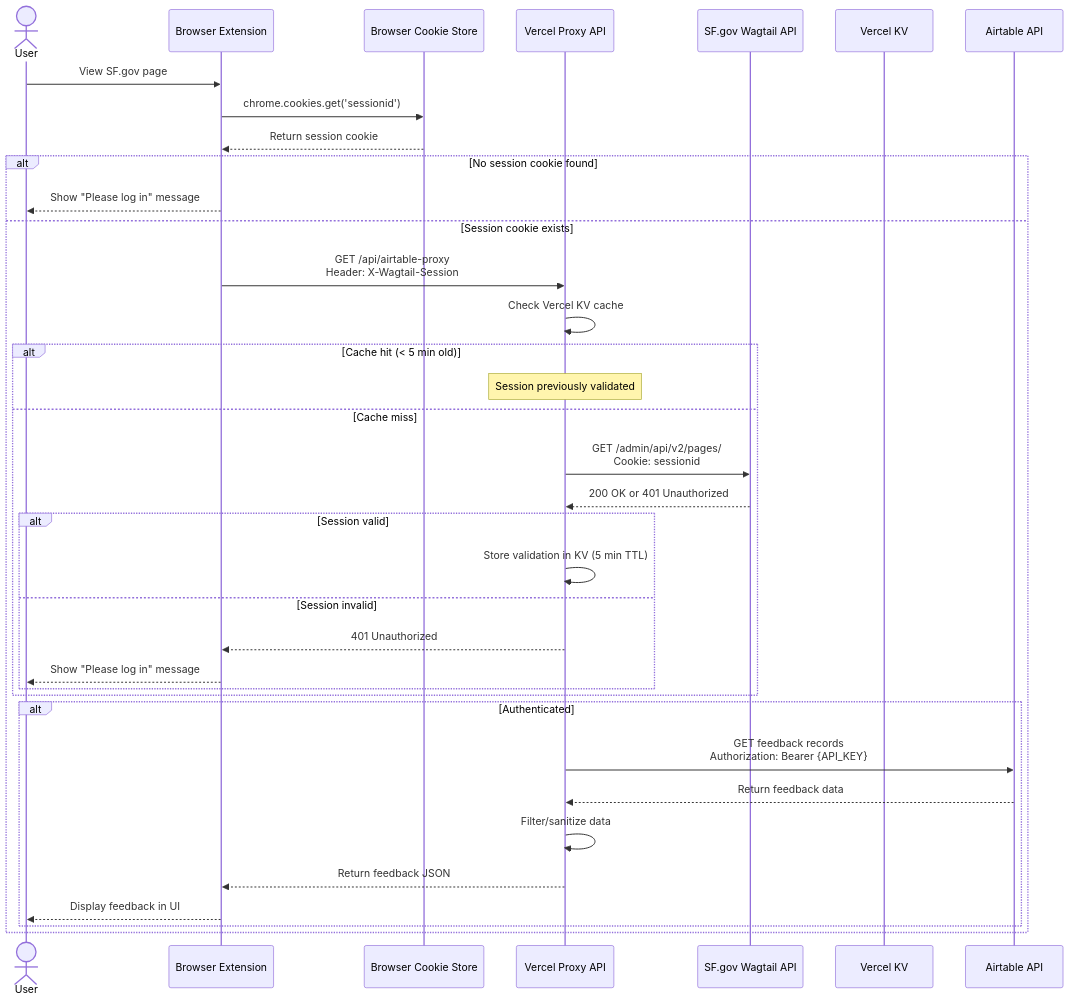
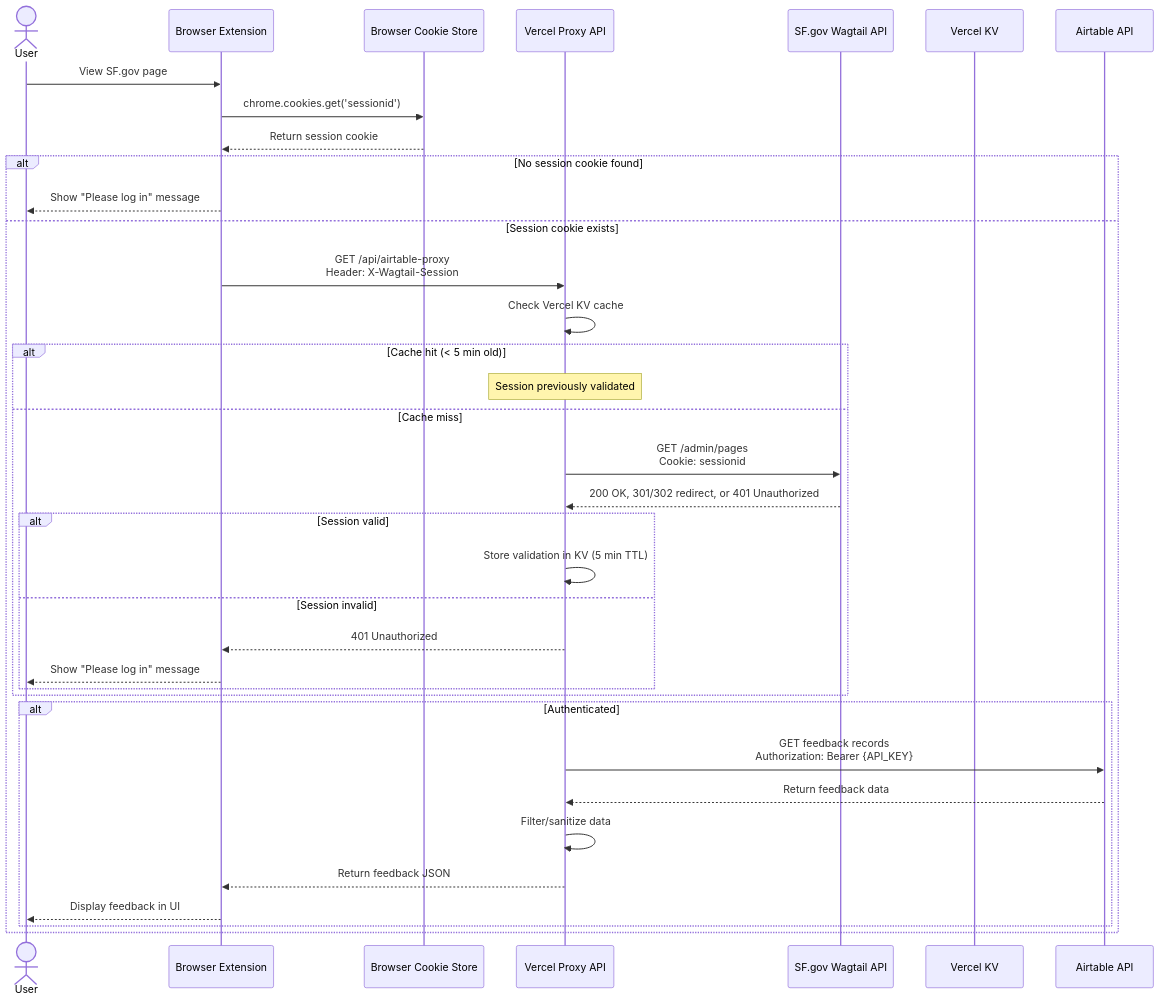
One commit to fwextensions/sf-gov-companion changed the second of 3 diagrams in .kiro/specs/airtable-feedback-integration/auth-architecture.md. Above: the diagram before and after it, drawn with Mermaid. The commit also changed other lines of this file and 13 other files, not shown here.

First line of the commit message:
Implement Wagtail session-based authentication for API proxy

````diff
--- a/.kiro/specs/airtable-feedback-integration/auth-architecture.md
+++ b/.kiro/specs/airtable-feedback-integration/auth-architecture.md
@@ -125,44 +125,44 @@
 ```mermaid
 sequenceDiagram
     actor User
     participant Extension as Browser Extension
     participant Browser as Browser Cookie Store
     participant Proxy as Vercel Proxy API
     participant Wagtail as SF.gov Wagtail API
     participant KV as Vercel KV
     participant Airtable as Airtable API
     
     User->>Extension: View SF.gov page
     Extension->>Browser: chrome.cookies.get('sessionid')
     Browser-->>Extension: Return session cookie
     
     alt No session cookie found
         Extension-->>User: Show "Please log in" message
     else Session cookie exists
         Extension->>Proxy: GET /api/airtable-proxy<br/>Header: X-Wagtail-Session
         
         Proxy->>Proxy: Check Vercel KV cache
         
         alt Cache hit (< 5 min old)
             Note over Proxy: Session previously validated
         else Cache miss
-            Proxy->>Wagtail: GET /admin/api/v2/pages/<br/>Cookie: sessionid
-            Wagtail-->>Proxy: 200 OK or 401 Unauthorized
+            Proxy->>Wagtail: GET /admin/pages<br/>Cookie: sessionid
+            Wagtail-->>Proxy: 200 OK, 301/302 redirect, or 401 Unauthorized
             
             alt Session valid
                 Proxy->>Proxy: Store validation in KV (5 min TTL)
             else Session invalid
                 Proxy-->>Extension: 401 Unauthorized
                 Extension-->>User: Show "Please log in" message
             end
         end
         
         alt Authenticated
             Proxy->>Airtable: GET feedback records<br/>Authorization: Bearer {API_KEY}
             Airtable-->>Proxy: Return feedback data
             Proxy->>Proxy: Filter/sanitize data
             Proxy-->>Extension: Return feedback JSON
             Extension-->>User: Display feedback in UI
         end
     end
 ```
````
